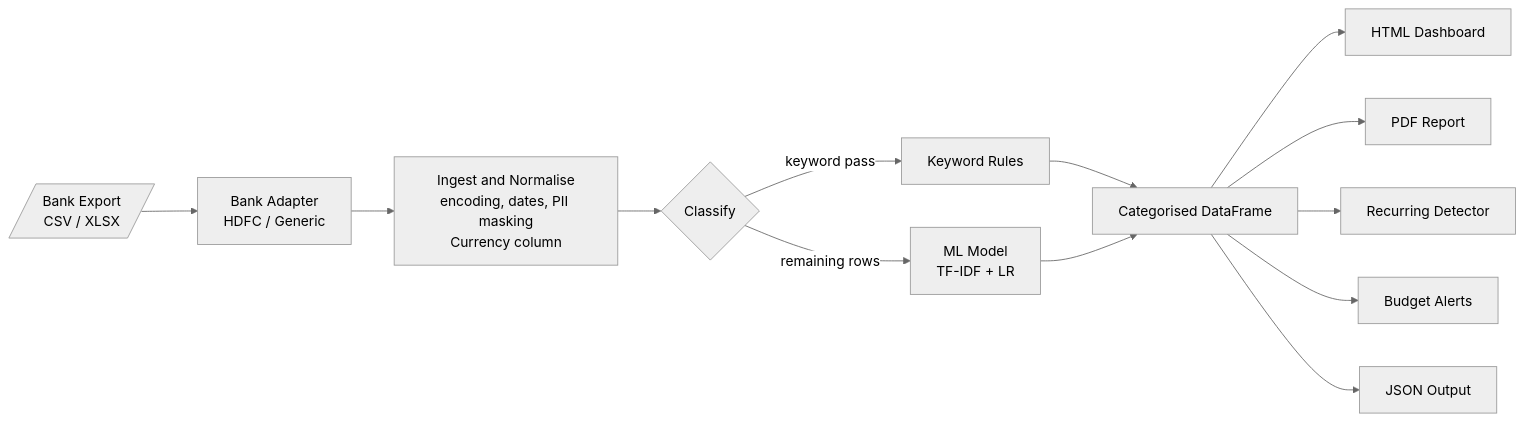
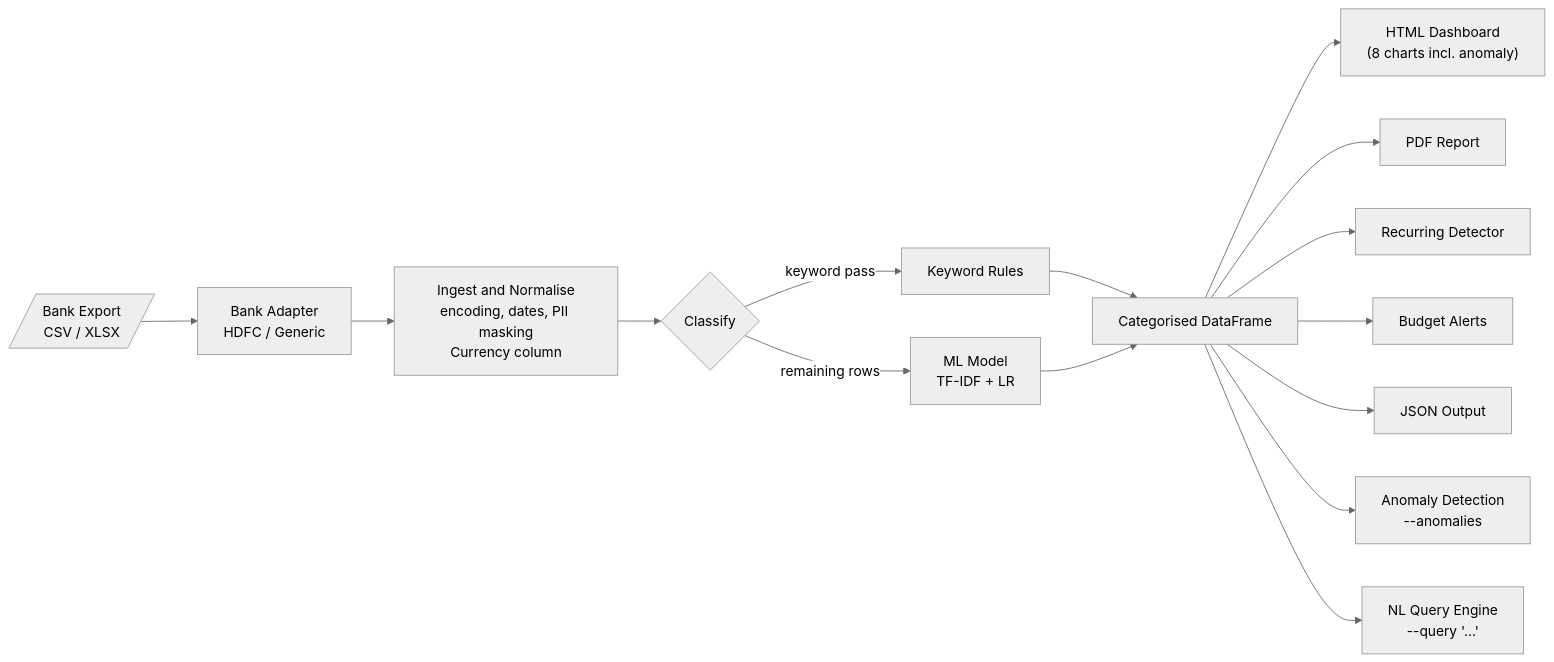
The diagram in README.md (surpradhan/spendwise-ai), drawn with Mermaid (neutral theme) before and after one commit. The commit also changed other lines of this file, not shown here.

Commit message:
docs: update README for v3.1 — anomaly detection and NL queries

````diff
--- a/README.md
+++ b/README.md
@@ -27,15 +29,17 @@
 ```mermaid
 flowchart LR
     A[/"Bank Export\nCSV / XLSX"/] --> B["Bank Adapter\nHDFC / Generic"]
     B --> C["Ingest and Normalise\nencoding, dates, PII masking\nCurrency column"]
     C --> D{Classify}
     D -->|keyword pass| E["Keyword Rules"]
     D -->|remaining rows| F["ML Model\nTF-IDF + LR"]
     E --> G["Categorised DataFrame"]
     F --> G
-    G --> H["HTML Dashboard"]
+    G --> H["HTML Dashboard\n(8 charts incl. anomaly)"]
     G --> I["PDF Report"]
     G --> J["Recurring Detector"]
     G --> K["Budget Alerts"]
     G --> L["JSON Output"]
+    G --> M["Anomaly Detection\n--anomalies"]
+    G --> N["NL Query Engine\n--query '...'"]
 ```
````
